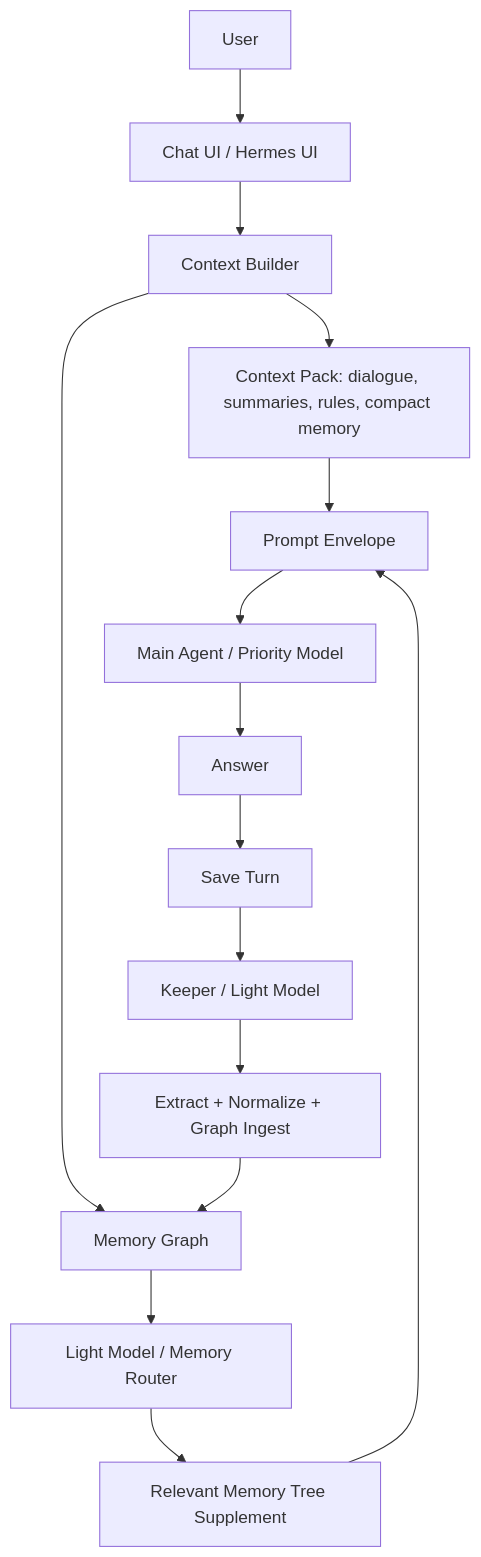
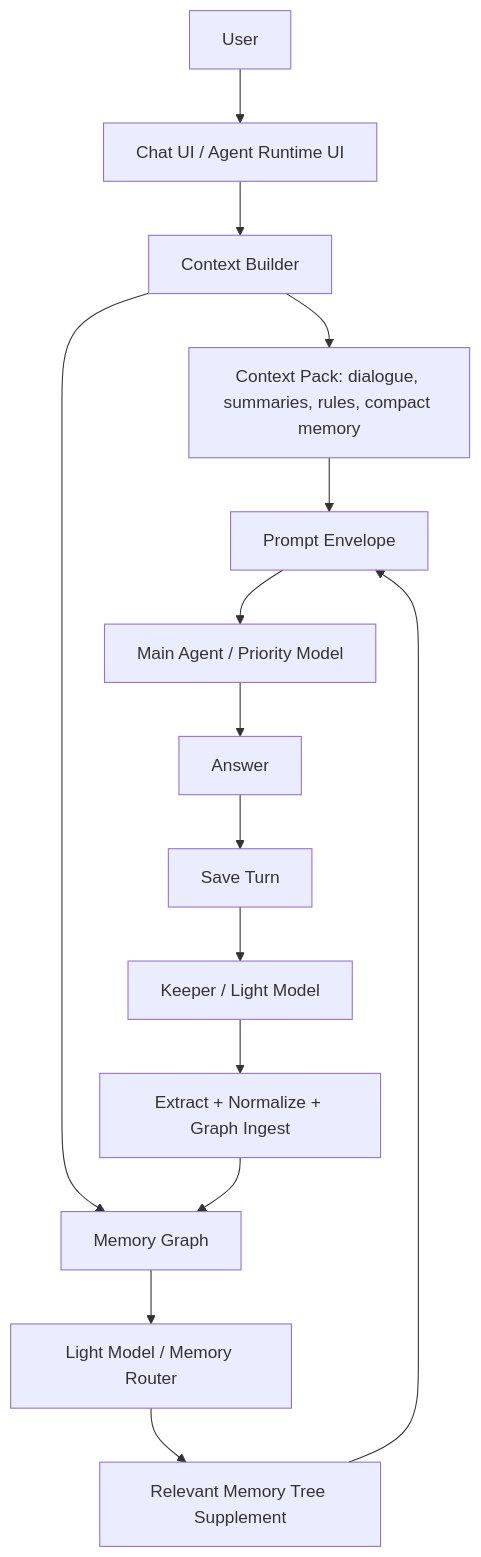
The diagram in docs/full-memory-gap-plan.md (huyugobatecob-gif/agent-memory-kernel), drawn with Mermaid before and after one commit. The commit also changed other lines of this file and 14 other files, not shown here.

````diff
--- a/docs/full-memory-gap-plan.md
+++ b/docs/full-memory-gap-plan.md
@@ -103,17 +103,17 @@
 ```mermaid
 flowchart TD
-  U["User"] --> UI["Chat UI / Hermes UI"]
+  U["User"] --> UI["Chat UI / Agent Runtime UI"]
   UI --> CB["Context Builder"]
   CB --> CP["Context Pack: dialogue, summaries, rules, compact memory"]
   CB --> MG["Memory Graph"]
   MG --> R["Light Model / Memory Router"]
   R --> MS["Relevant Memory Tree Supplement"]
   CP --> PE["Prompt Envelope"]
   MS --> PE
   PE --> LLM["Main Agent / Priority Model"]
   LLM --> A["Answer"]
   A --> DB["Save Turn"]
   DB --> K["Keeper / Light Model"]
   K --> G["Extract + Normalize + Graph Ingest"]
   G --> MG
 ```
````
